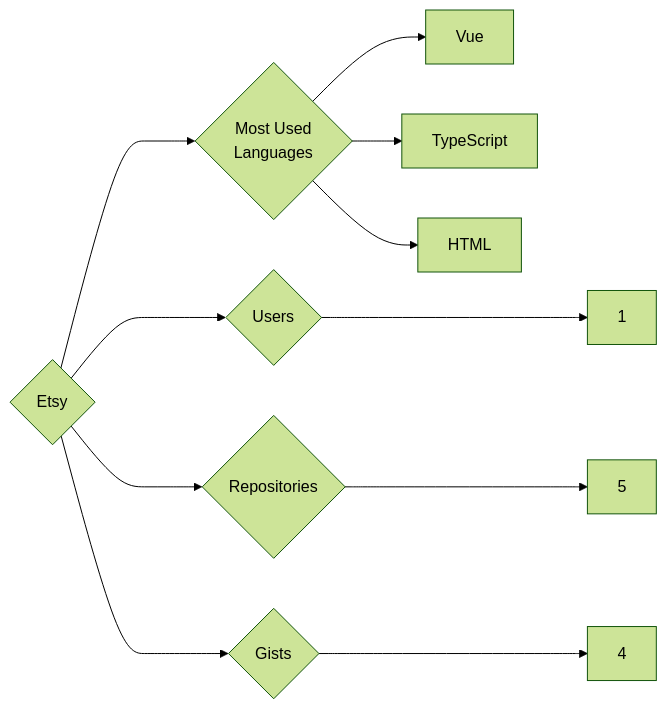
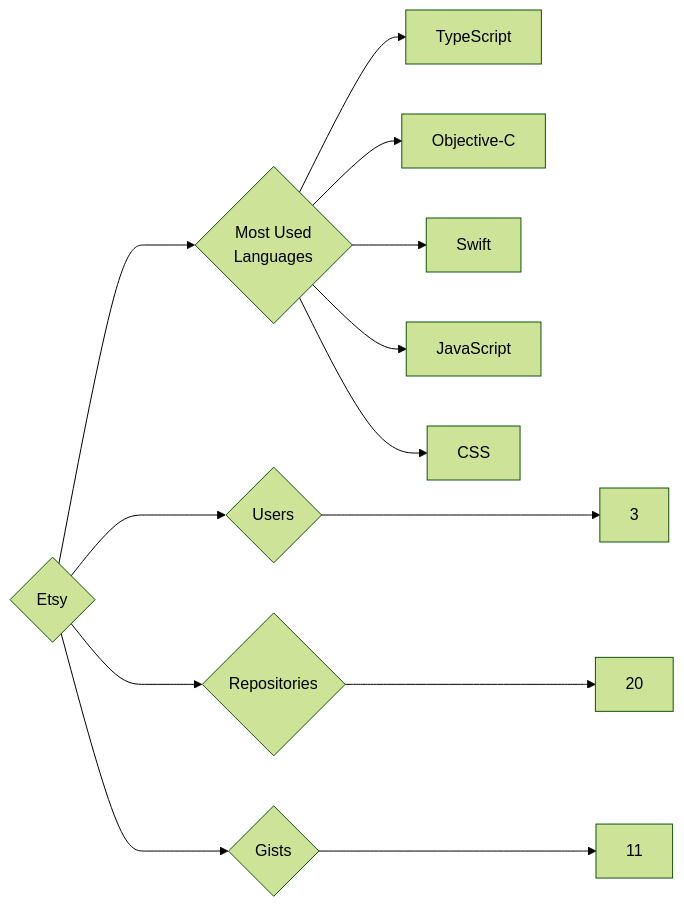
The diagram in targets/Etsy/README.md (trickest/insiders), drawn with Mermaid (forest theme) before and after one commit. The commit also changed 1167 other files, not shown here.

````diff
--- a/targets/Etsy/README.md
+++ b/targets/Etsy/README.md
@@ -3,11 +3,13 @@
 ```mermaid
 graph LR
 COMPANY_NAME{Etsy}
-COMPANY_NAME ---> U{Users} ---> UN[1]
-COMPANY_NAME ---> R{Repositories} ---> RN[5]
-COMPANY_NAME ---> G{Gists} ---> GN[4]
+COMPANY_NAME ---> U{Users} ---> UN[3]
+COMPANY_NAME ---> R{Repositories} ---> RN[20]
+COMPANY_NAME ---> G{Gists} ---> GN[11]
 COMPANY_NAME ---> ML{Most Used<br>Languages}
-ML --> Vue[Vue]
 ML --> TypeScript[TypeScript]
-ML --> HTML[HTML]
+ML --> Objective-C[Objective-C]
+ML --> Swift[Swift]
+ML --> JavaScript[JavaScript]
+ML --> CSS[CSS]
 ```
````
